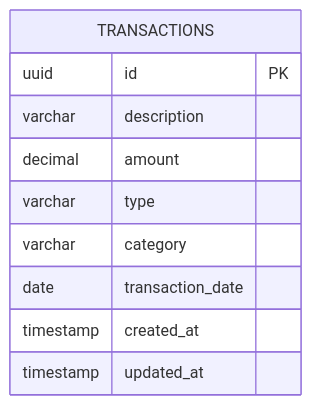
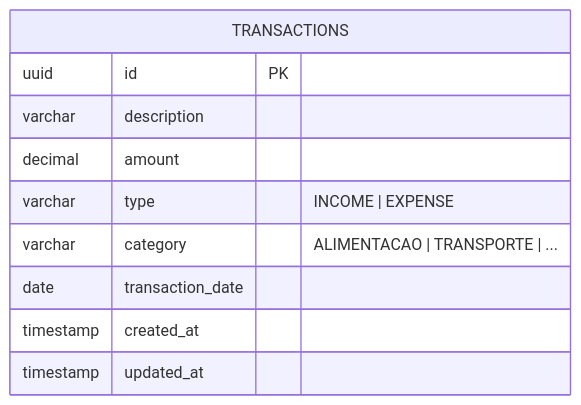
The first of 3 diagrams in docs/domain.md (DessimA/budget-voice-api), drawn with Mermaid before and after one commit. The commit also changed other lines of this file and 12 other files, not shown here.

Commit message:
docs: add mermaid diagrams to all docs, fix outdated years and references

````diff
--- a/docs/domain.md
+++ b/docs/domain.md
@@ -5,13 +5,13 @@
 ```mermaid
 erDiagram
     TRANSACTIONS {
         uuid id PK
         varchar description
         decimal amount
-        varchar type
-        varchar category
+        varchar type "INCOME | EXPENSE"
+        varchar category "ALIMENTACAO | TRANSPORTE | ..."
         date transaction_date
         timestamp created_at
         timestamp updated_at
     }
 ```
````
